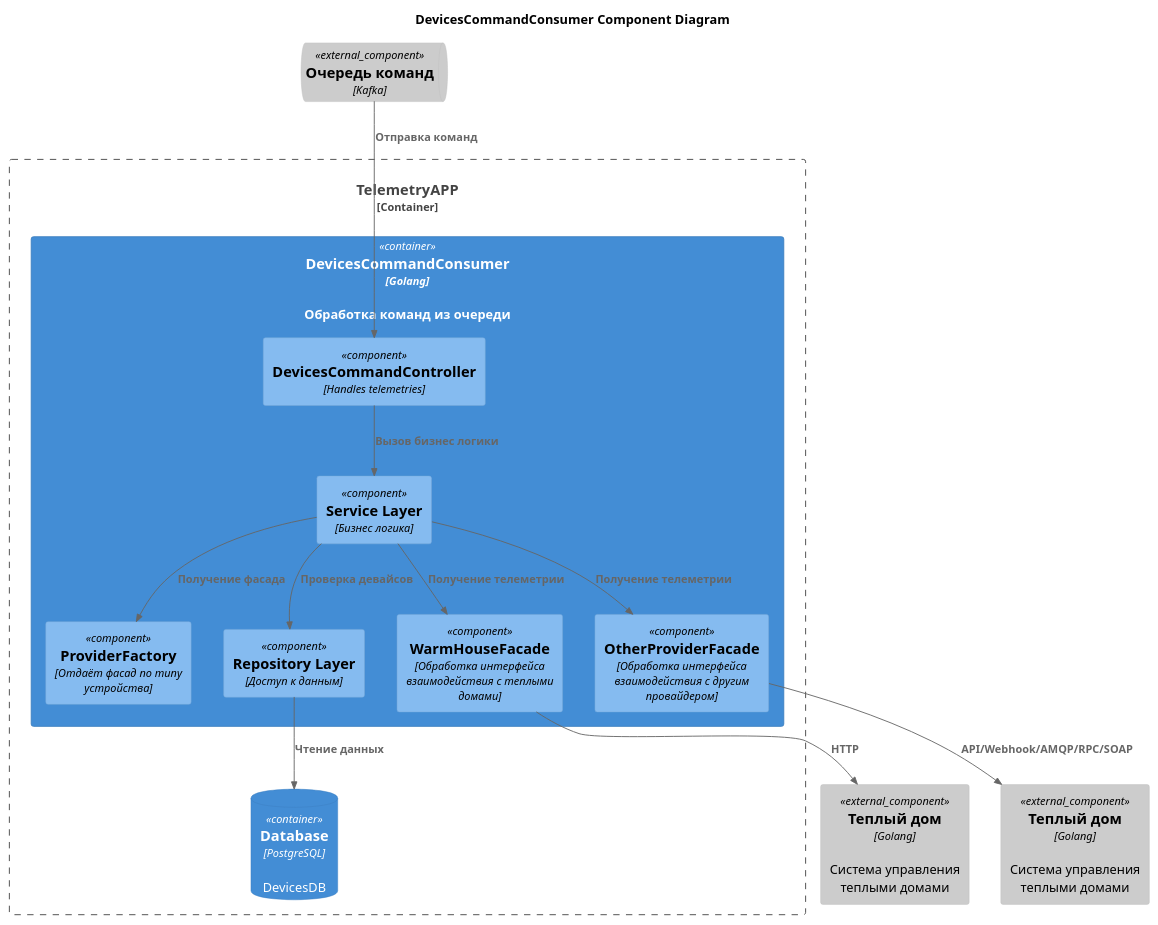
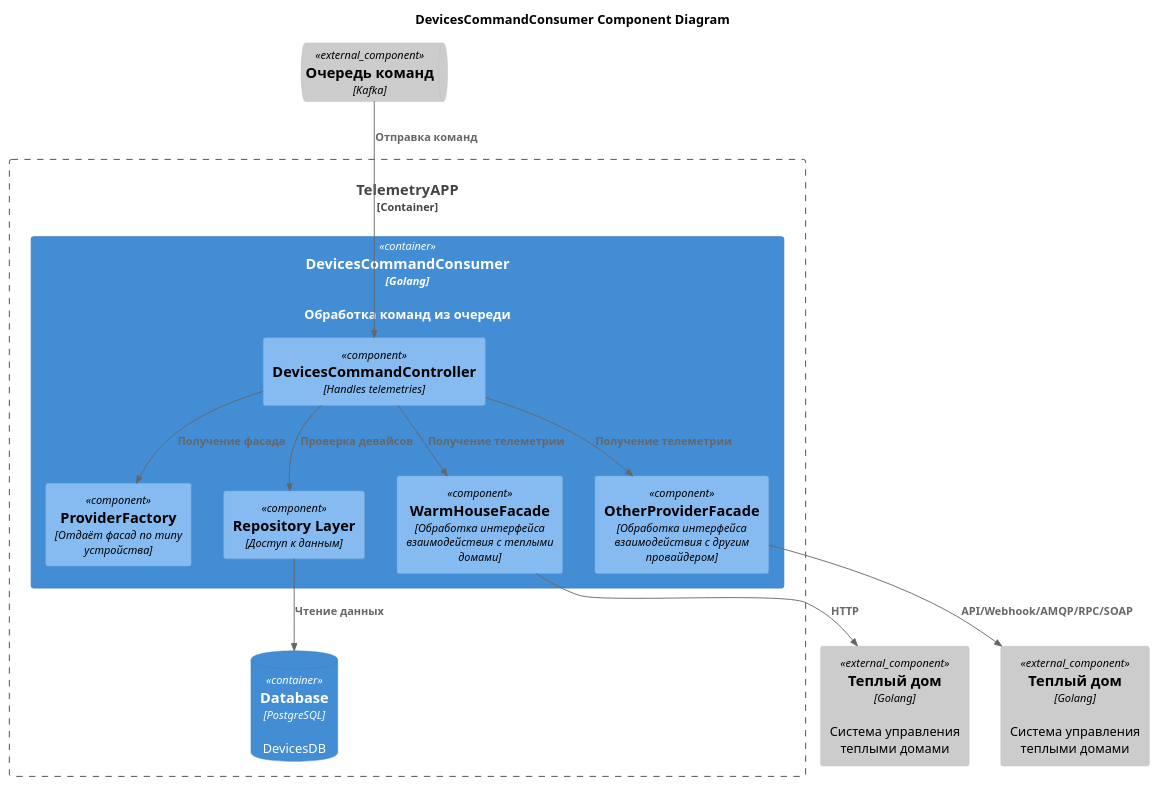
The diagram in diagrams/components/devices_command_consumer.puml (mrpeunov/architecture-pro-warmhouse), drawn with PlantUML before and after one commit. The commit also changed 14 other files, not shown here.

Commit message:
Реализация devices_command_api

```diff
--- a/diagrams/components/devices_command_consumer.puml
+++ b/diagrams/components/devices_command_consumer.puml
@@ -1,40 +1,39 @@
 @startuml
 title DevicesCommandConsumer Component Diagram
 
 top to bottom direction
 
 !include <C4/C4_Component>
 
 ComponentQueue_Ext(DeviceCommandQueue, Очередь команд, Kafka)
 
 Container_Boundary(DevicesCommandConsumer, "TelemetryAPP") {
   Container(DevicesCommandConsumerContainer, "DevicesCommandConsumer", "Golang", "Обработка команд из очереди")
   ContainerDb(Database, "Database", "PostgreSQL", "DevicesDB")
 }
 
 Container(DevicesCommandConsumerContainer, "Web Application", "Golang") {
   Component(DevicesCommandController, "DevicesCommandController", "Handles telemetries")
-  Component(ServiceLayer, "Service Layer", "Бизнес логика")
+
 
   Component(ProviderFactory, "ProviderFactory", "Отдаёт фасад по типу устройства")
   Component(WarmHouseFacade, "WarmHouseFacade", Обработка интерфейса взаимодействия с теплыми домами)
   Component(OtherProviderFacade, "OtherProviderFacade", Обработка интерфейса взаимодействия с другим провайдером)
 
   Component(RepositoryLayer, "Repository Layer", "Доступ к данным")
 }
 
 Rel(DeviceCommandQueue, DevicesCommandController,  "Отправка команд")
 
 Component_Ext(WarmHouseProvider, Теплый дом, Golang, Система управления теплыми домами)
 Component_Ext(OtherProvider, Теплый дом, "Golang", Система управления теплыми домами)
 
-Rel(DevicesCommandController, ServiceLayer, "Вызов бизнес логики")
-Rel(ServiceLayer, RepositoryLayer, "Проверка девайсов")
-Rel(ServiceLayer, ProviderFactory, "Получение фасада")
-Rel(ServiceLayer, WarmHouseFacade, "Получение телеметрии")
-Rel(ServiceLayer, OtherProviderFacade, "Получение телеметрии")
+Rel(DevicesCommandController, RepositoryLayer, "Проверка девайсов")
+Rel(DevicesCommandController, ProviderFactory, "Получение фасада")
+Rel(DevicesCommandController, WarmHouseFacade, "Получение телеметрии")
+Rel(DevicesCommandController, OtherProviderFacade, "Получение телеметрии")
 Rel(RepositoryLayer, Database, "Чтение данных")
 Rel(WarmHouseFacade, WarmHouseProvider, "HTTP")
 Rel(OtherProviderFacade, OtherProvider, "API/Webhook/AMQP/RPC/SOAP")
 
 @enduml
```
